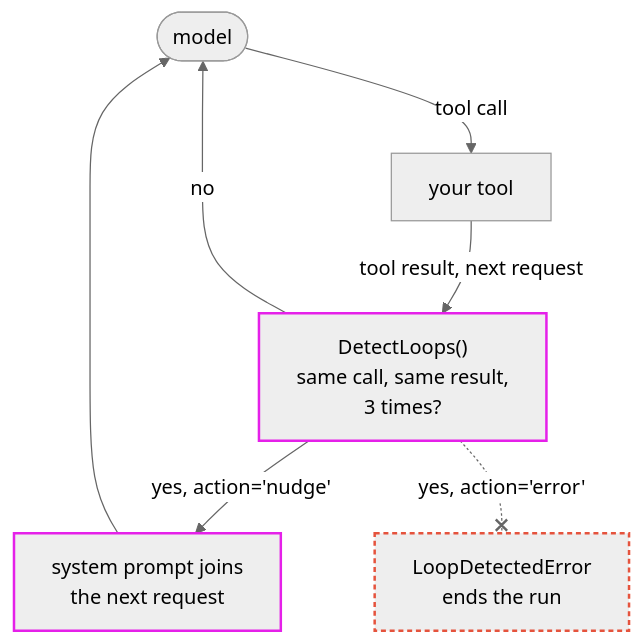
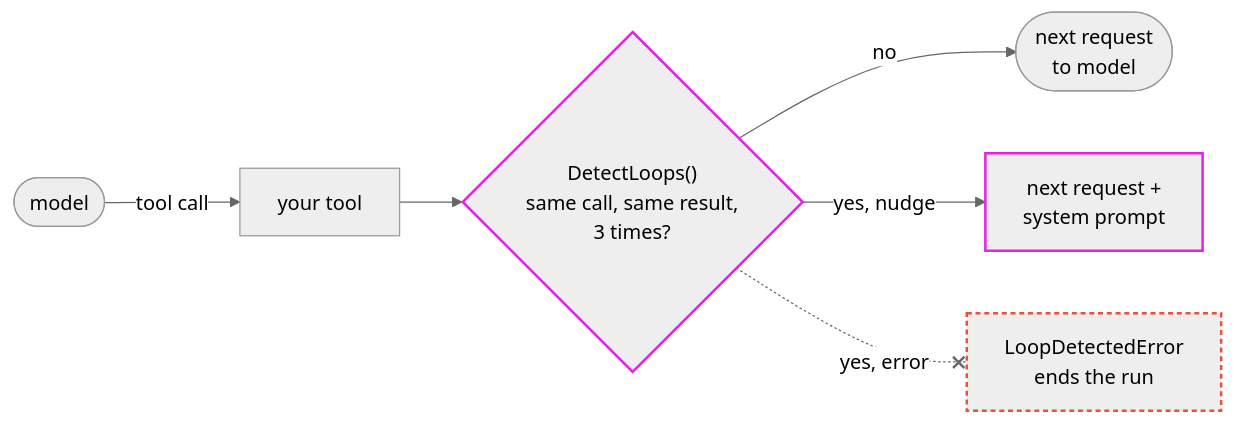
Before and after one commit to pydantic/pydantic-ai: the diagram in src/pydantic_ai_harness/pydantic_ai_harness/detect_loops/README.md, drawn with Mermaid (neutral theme). The commit also changed other lines of this file and 1 other file, not shown here.

Commit message:
Redraw the Detect Loops diagram left to right and add a within-response example (#14106)

````diff
--- a/src/pydantic_ai_harness/pydantic_ai_harness/detect_loops/README.md
+++ b/src/pydantic_ai_harness/pydantic_ai_harness/detect_loops/README.md
@@ -9,18 +9,12 @@
 ```mermaid
-flowchart TB
+flowchart LR
     accTitle: Detect Loops: interrupt an agent that repeats itself
-    accDescr: The model calls your tool, and the tool result and the next request pass through DetectLoops, which checks whether the same call gave the same result 3 times. If no, the request goes on to the model. If yes, with action='nudge' a system prompt joins the next request to the model, and with action='error' LoopDetectedError ends the run.
-    model(["model"])
-    tool["your tool"]
-    detect["DetectLoops()<br/>same call, same result,<br/>3 times?"]:::capability
-    nudge["system prompt joins<br/>the next request"]:::capability
-    error["LoopDetectedError<br/>ends the run"]:::blocked
-    model -->|"tool call"| tool
-    tool -->|"tool result, next request"| detect
-    detect -->|"no"| model
-    detect -->|"yes, action='nudge'"| nudge
-    nudge --> model
-    detect -.-x|"yes, action='error'"| error
+    accDescr: Left to right, the model makes a tool call to your tool, and DetectLoops checks whether the same call gave the same result 3 times. If no, the next request goes to the model. If yes, with action='nudge' the next request goes to the model with a system prompt added, and with action='error' a dotted edge leads to LoopDetectedError, which ends the run.
+    model(["model"]) -->|tool call| tool["your tool"]
+    tool --> check{"DetectLoops()<br/>same call, same result,<br/>3 times?"}:::capability
+    check -->|no| next(["next request<br/>to model"])
+    check -->|"yes, nudge"| nudge["next request +<br/>system prompt"]:::capability
+    check -.-x|"yes, error"| error["LoopDetectedError<br/>ends the run"]:::blocked
     classDef capability stroke:#E520E9,stroke-width:2px
     classDef blocked stroke:#E5533D,stroke-width:2px,stroke-dasharray:4 3
 ```
````
